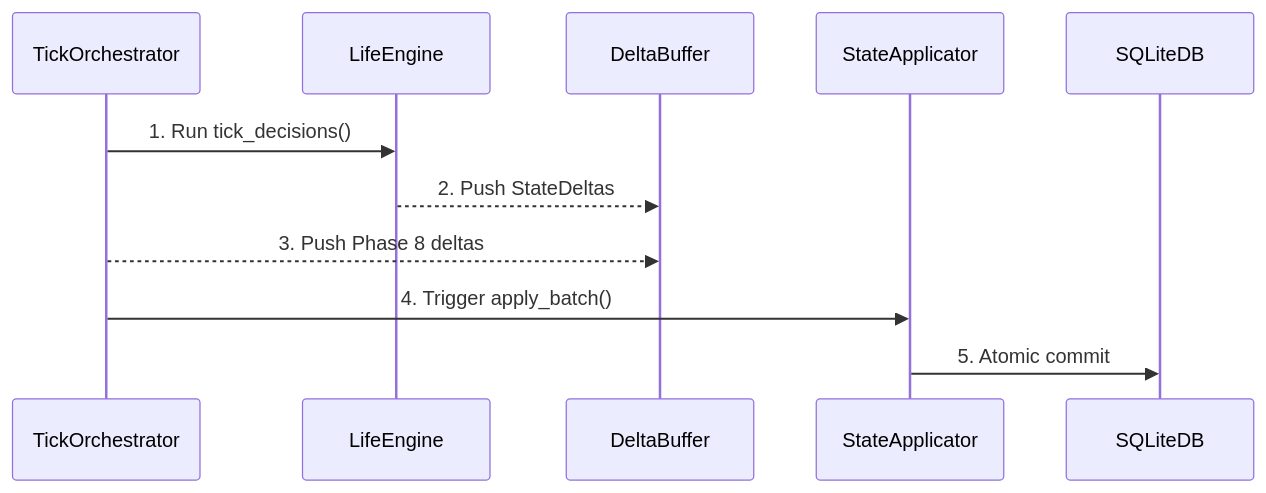
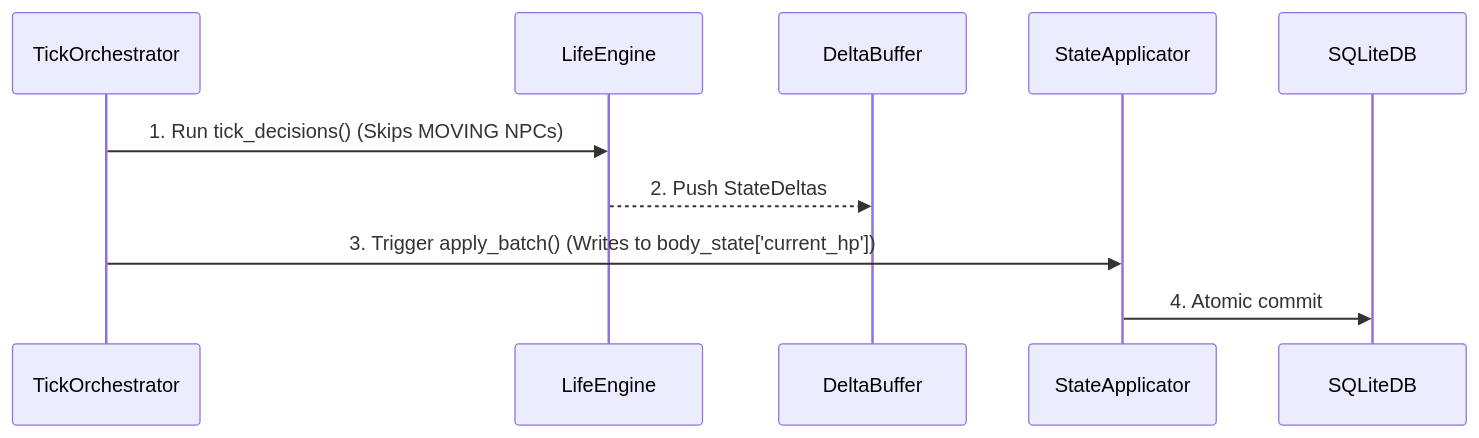
Diagram 16 of 32 in docs/ARCHITECTURE_FLOW_GENERATED.md (4Um4/Enigma), drawn with Mermaid before and after one commit. The commit also changed other lines of this file and 80 other files, not shown here.

````diff
--- a/docs/ARCHITECTURE_FLOW_GENERATED.md
+++ b/docs/ARCHITECTURE_FLOW_GENERATED.md
@@ -814,13 +836,12 @@
 ```mermaid
 sequenceDiagram
 participant TickOrchestrator
 participant LifeEngine
 participant DeltaBuffer
 participant StateApplicator
 participant SQLiteDB
-TickOrchestrator->>LifeEngine: 1. Run tick_decisions()
+TickOrchestrator->>LifeEngine: 1. Run tick_decisions() (Skips MOVING NPCs)
 LifeEngine-->>DeltaBuffer: 2. Push StateDeltas
-TickOrchestrator-->>DeltaBuffer: 3. Push Phase 8 deltas
-TickOrchestrator->>StateApplicator: 4. Trigger apply_batch()
-StateApplicator->>SQLiteDB: 5. Atomic commit
+TickOrchestrator->>StateApplicator: 3. Trigger apply_batch() (Writes to body_state['current_hp'])
+StateApplicator->>SQLiteDB: 4. Atomic commit
 ```
````
